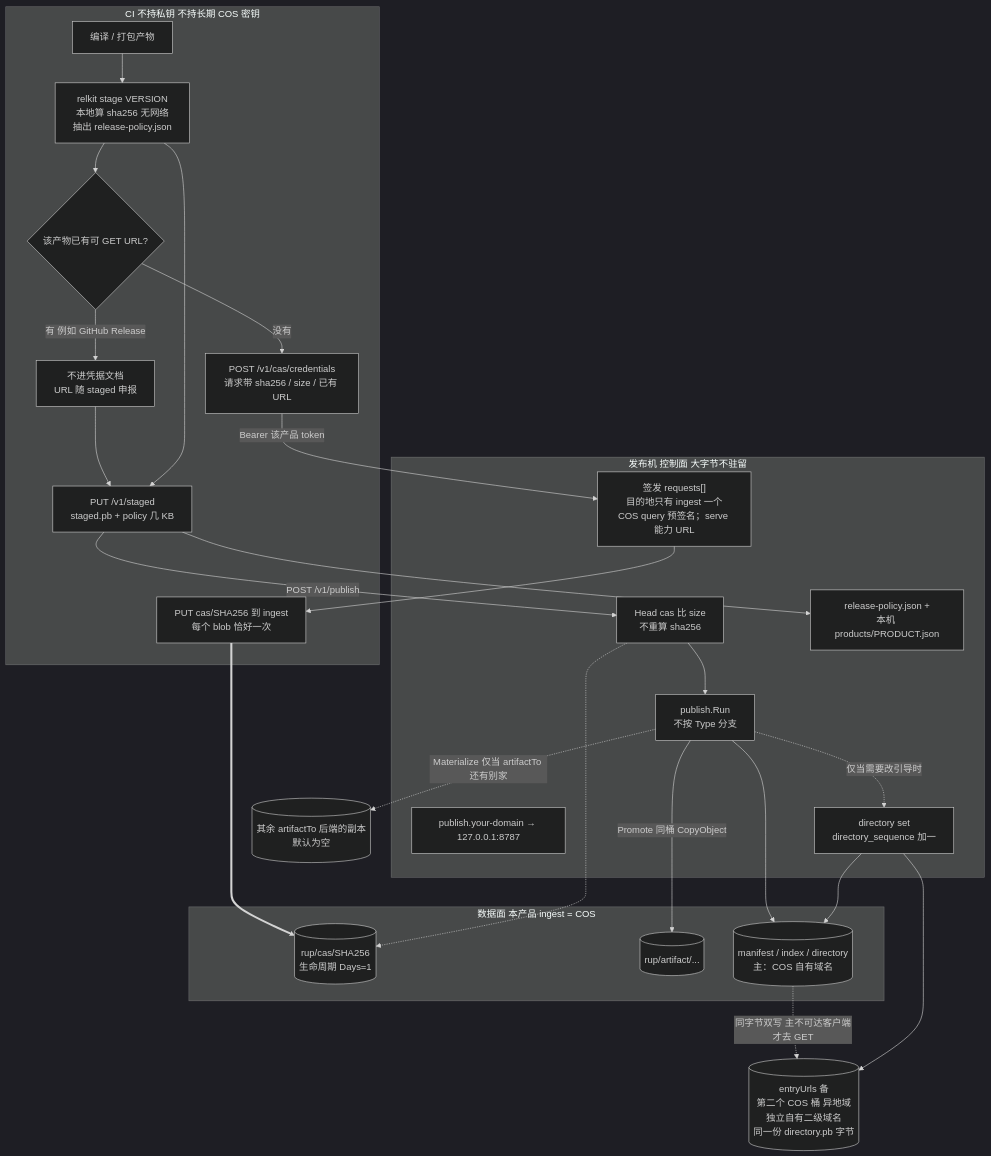
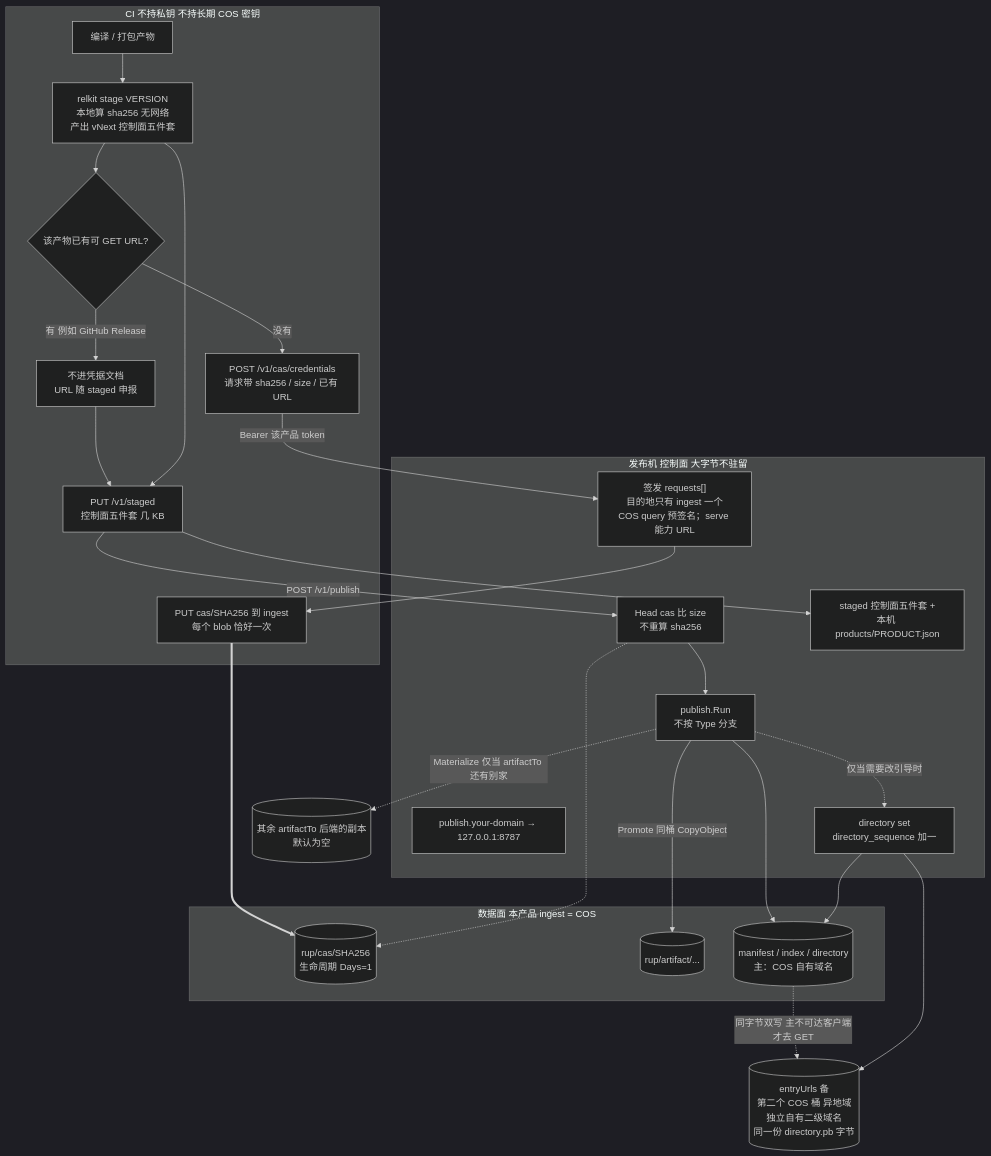
One commit to shichao402/relkit changed the first of 2 diagrams in docs/design/update-ingress-cos.md. Above: the diagram before and after it, drawn with Mermaid (dark theme). The commit also changed other lines of this file and 12 other files, not shown here.

````diff
--- a/docs/design/update-ingress-cos.md
+++ b/docs/design/update-ingress-cos.md
@@ -82,49 +82,49 @@
 ```mermaid
 flowchart TB
   subgraph ciSide [CI 不持私钥 不持长期 COS 密钥]
     build["编译 / 打包产物"]
-    stageStep["relkit stage VERSION<br/>本地算 sha256 无网络<br/>抽出 release-policy.json"]
+    stageStep["relkit stage VERSION<br/>本地算 sha256 无网络<br/>产出 vNext 控制面五件套"]
     hasUrl{"该产物已有可 GET URL?"}
     declare["不进凭据文档<br/>URL 随 staged 申报"]
     askTok["POST /v1/cas/credentials<br/>请求带 sha256 / size / 已有 URL"]
     putCas["PUT cas/SHA256 到 ingest<br/>每个 blob 恰好一次"]
-    putMeta["PUT /v1/staged<br/>staged.pb + policy 几 KB"]
+    putMeta["PUT /v1/staged<br/>控制面五件套 几 KB"]
   end
 
   subgraph agentSide [发布机 控制面 大字节不驻留]
     ingress["publish.your-domain → 127.0.0.1:8787"]
     tokSvc["签发 requests[]<br/>目的地只有 ingest 一个<br/>COS query 预签名；serve 能力 URL"]
     headCas["Head cas 比 size<br/>不重算 sha256"]
-    mergeStep["release-policy.json +<br/>本机 products/PRODUCT.json"]
+    mergeStep["staged 控制面五件套 +<br/>本机 products/PRODUCT.json"]
     publishStep["publish.Run<br/>不按 Type 分支"]
     directoryStep["directory set<br/>directory_sequence 加一"]
   end
 
   subgraph dataPlane [数据面 本产品 ingest = COS]
     casObj[("rup/cas/SHA256<br/>生命周期 Days=1")]
     artObj[("rup/artifact/...")]
     docs[("manifest / index / directory<br/>主：COS 自有域名")]
   end
 
   artOther[("其余 artifactTo 后端的副本<br/>默认为空")]
   mirrorDir[("entryUrls 备<br/>第二个 COS 桶 异地域<br/>独立自有二级域名<br/>同一份 directory.pb 字节")]
 
   build --> stageStep --> hasUrl
   hasUrl -->|"没有"| askTok
   hasUrl -->|"有 例如 GitHub Release"| declare
   askTok -->|"Bearer 该产品 token"| tokSvc
   tokSvc --> putCas
   putCas ==> casObj
   declare --> putMeta
   stageStep --> putMeta --> mergeStep
   putMeta -->|"POST /v1/publish"| headCas
   headCas -.-> casObj
   headCas --> publishStep
   publishStep -->|"Promote 同桶 CopyObject"| artObj
   publishStep -.->|"Materialize 仅当 artifactTo 还有别家"| artOther
   publishStep --> docs
   publishStep -.->|"仅当需要改引导时"| directoryStep
   directoryStep --> docs
   docs -.->|"同字节双写 主不可达客户端才去 GET"| mirrorDir
   directoryStep --> mirrorDir
 ```
````
